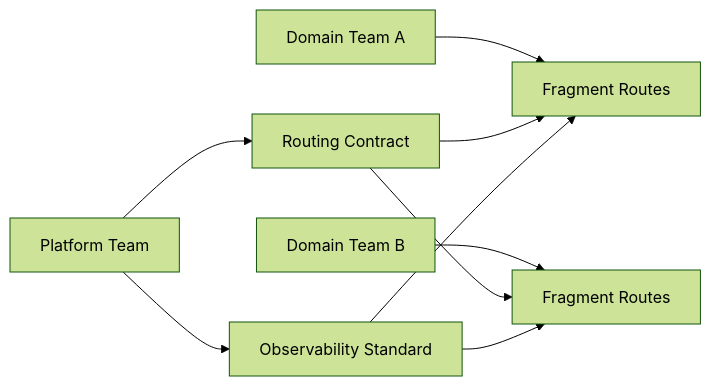
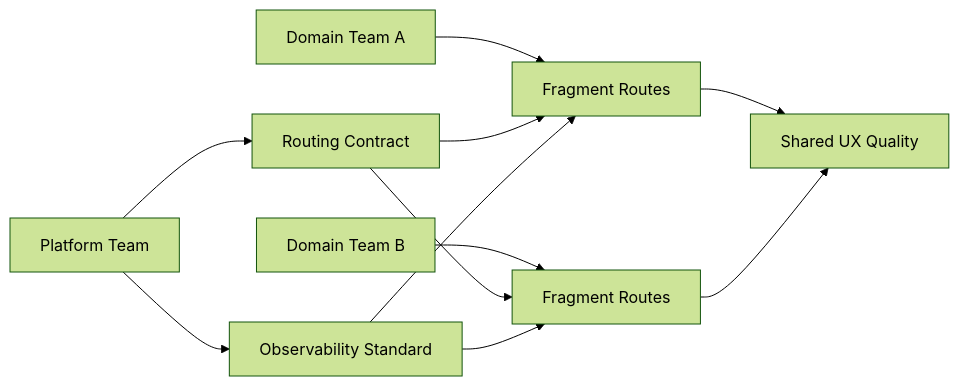
Before and after one commit to mje807/dev-blog: the diagram in content/react/react-router-v7-rsc-07-mfe-operations.md, drawn with Mermaid (forest theme). The commit also changed other lines of this file and 4 other files, not shown here.

````diff
--- a/content/react/react-router-v7-rsc-07-mfe-operations.md
+++ b/content/react/react-router-v7-rsc-07-mfe-operations.md
@@ -75,11 +109,13 @@
 ```mermaid
 flowchart LR
   A[Platform Team] --> B[Routing Contract]
   A --> C[Observability Standard]
   D[Domain Team A] --> E[Fragment Routes]
   F[Domain Team B] --> G[Fragment Routes]
   B --> E
   B --> G
   C --> E
   C --> G
+  E --> H[Shared UX Quality]
+  G --> H
 ```
````
